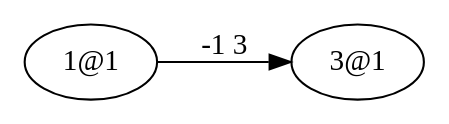
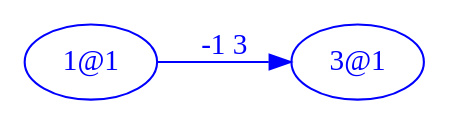
One commit to AlexMaclean-CalPoly/CSC-530 changed the diagram in hw1/sat-images/graph1.dot. Above: the diagram before and after it, drawn with Graphviz. The commit also changed 9 other files, not shown here.

```diff
--- a/hw1/sat-images/graph1.dot
+++ b/hw1/sat-images/graph1.dot
@@ -1,11 +1,14 @@
 digraph ImplicationGraph {
 
   rankdir=LR;
   margin=0;
+
+  node [color=blue, fontcolor=blue]
+  edge [color=blue, fontcolor=blue]
 
   n1 [label="1@1"];
   n2 [label="3@1"];
 
   n1 -> n2 [label="-1 3"];
 
 }
```
